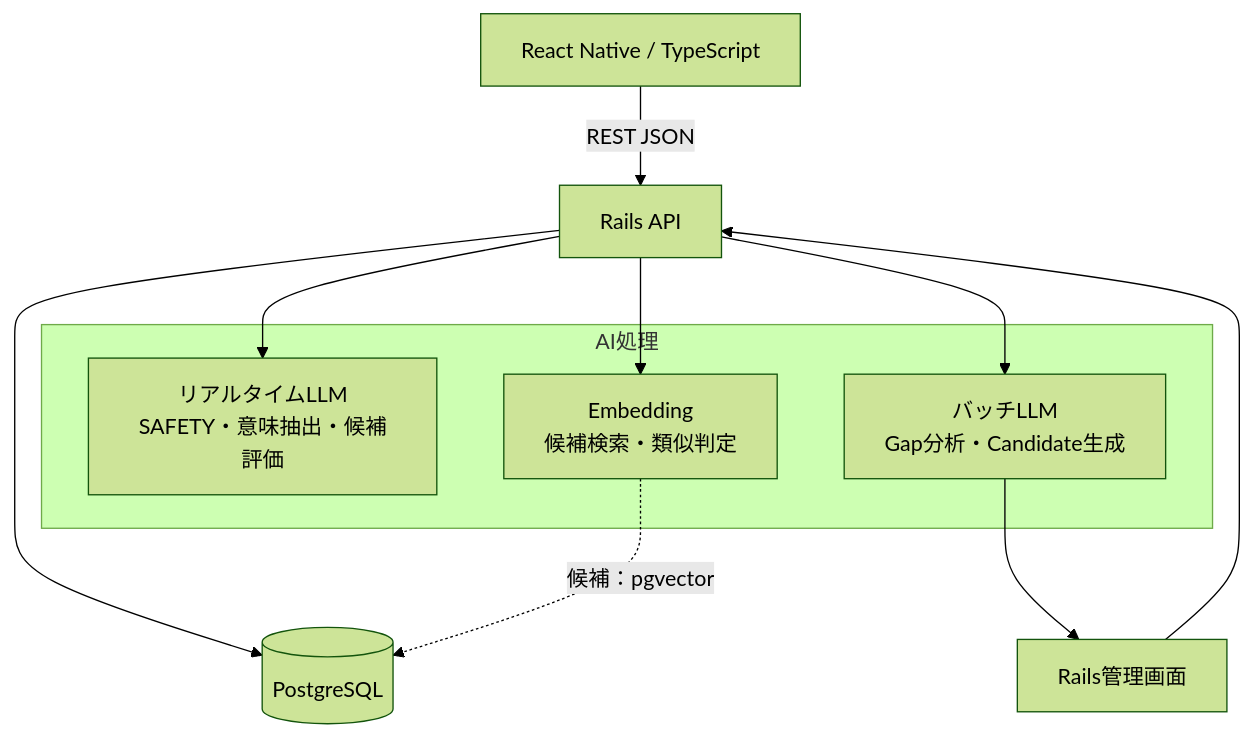
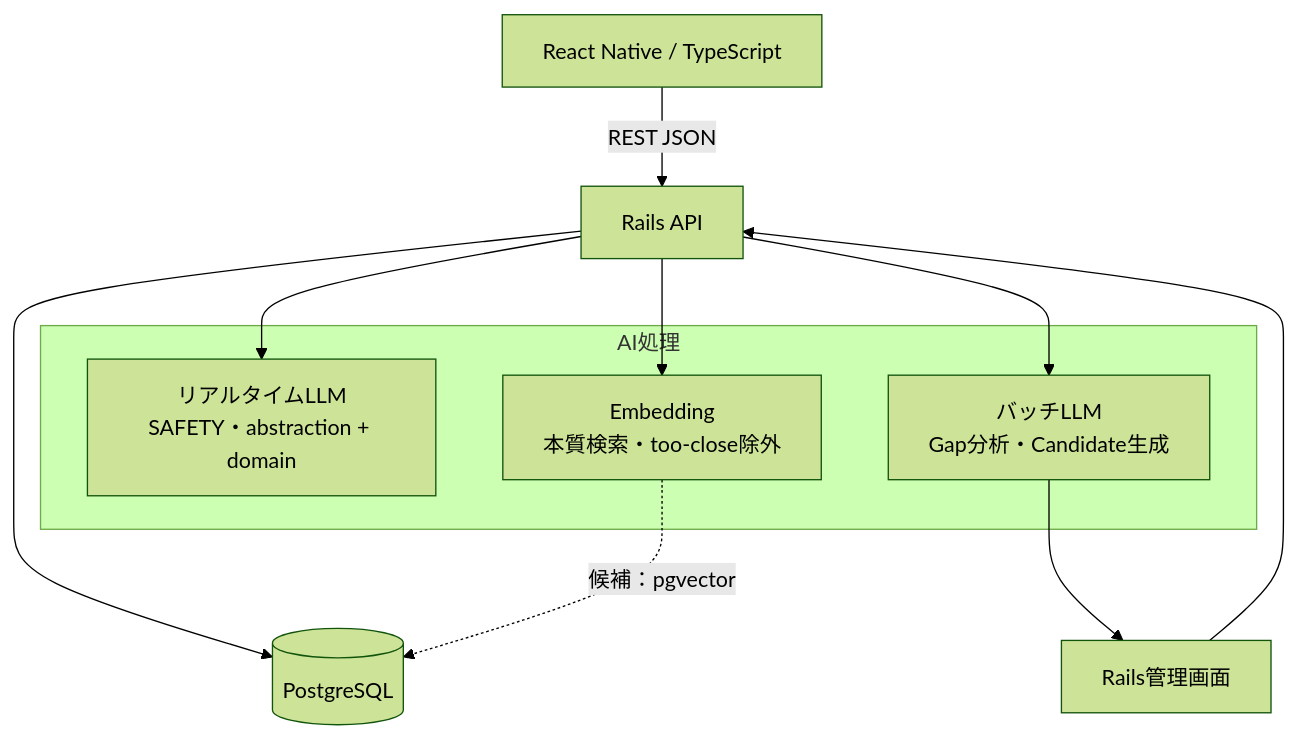
The first of 4 diagrams in docs/AI基本設計.md (officeutq/obserbing), drawn with Mermaid (forest theme) before and after one commit. The commit also changed other lines of this file and 5 other files, not shown here.

````diff
--- a/docs/AI基本設計.md
+++ b/docs/AI基本設計.md
@@ -57,18 +57,18 @@
 ```mermaid
 flowchart TB
     Mobile["React Native / TypeScript"] -->|"REST JSON"| Rails["Rails API"]
     Admin["Rails管理画面"] --> Rails
 
     subgraph AI["AI処理"]
-        RT["リアルタイムLLM<br/>SAFETY・意味抽出・候補評価"]
-        EMB["Embedding<br/>候補検索・類似判定"]
+        RT["リアルタイムLLM<br/>SAFETY・abstraction + domain"]
+        EMB["Embedding<br/>本質検索・too-close除外"]
         BATCH["バッチLLM<br/>Gap分析・Candidate生成"]
     end
 
     Rails --> RT
     Rails --> EMB
     Rails --> BATCH
     Rails --> DB[("PostgreSQL")]
     EMB -. "候補：pgvector" .-> DB
     BATCH --> Admin
 ```
````
